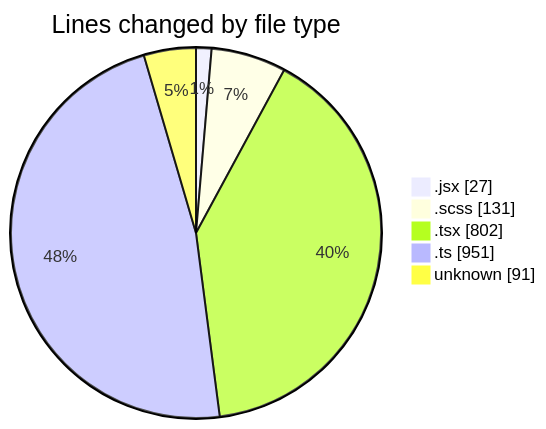
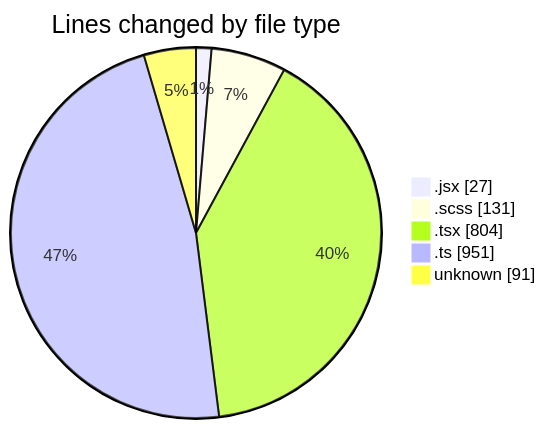
The first of 2 diagrams in 2026-03-16/cda/README.md (momahboobian/code-tracking), drawn with Mermaid before and after one commit. The commit also changed other lines of this file and 1 other file, not shown here.

````diff
--- a/2026-03-16/cda/README.md
+++ b/2026-03-16/cda/README.md
@@ -32,9 +32,9 @@
 ```mermaid
 pie showData
 title Lines changed by file type
 ".jsx" : 27
 ".scss" : 131
-".tsx" : 802
+".tsx" : 804
 ".ts" : 951
 "unknown" : 91
 ```
````
